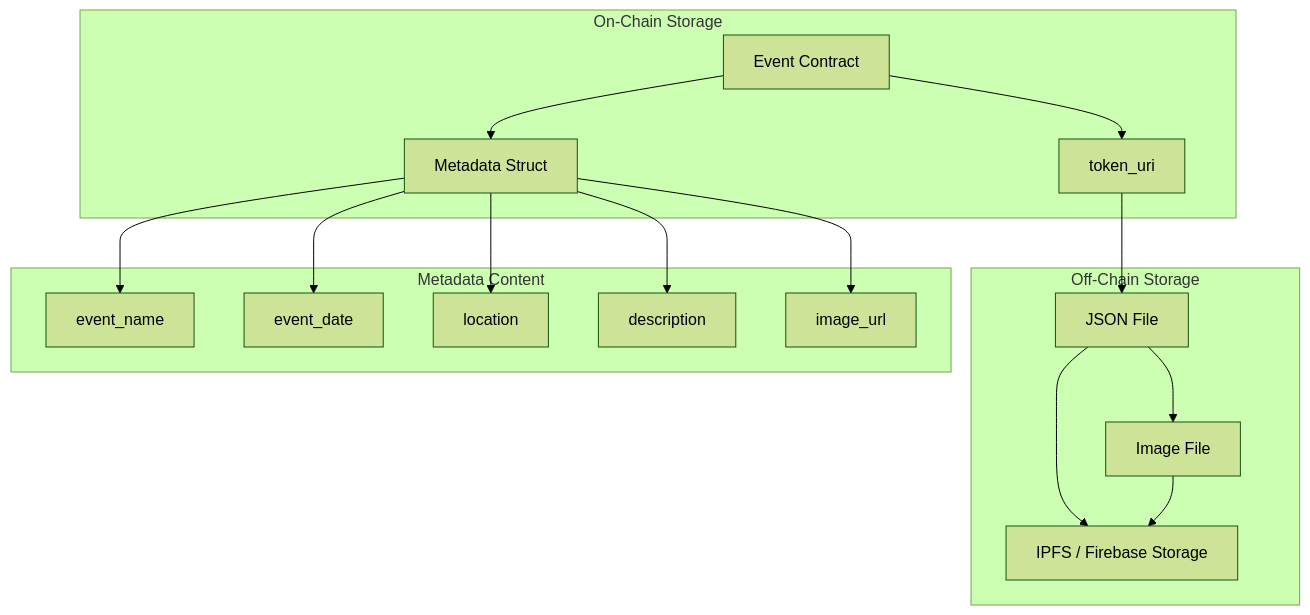
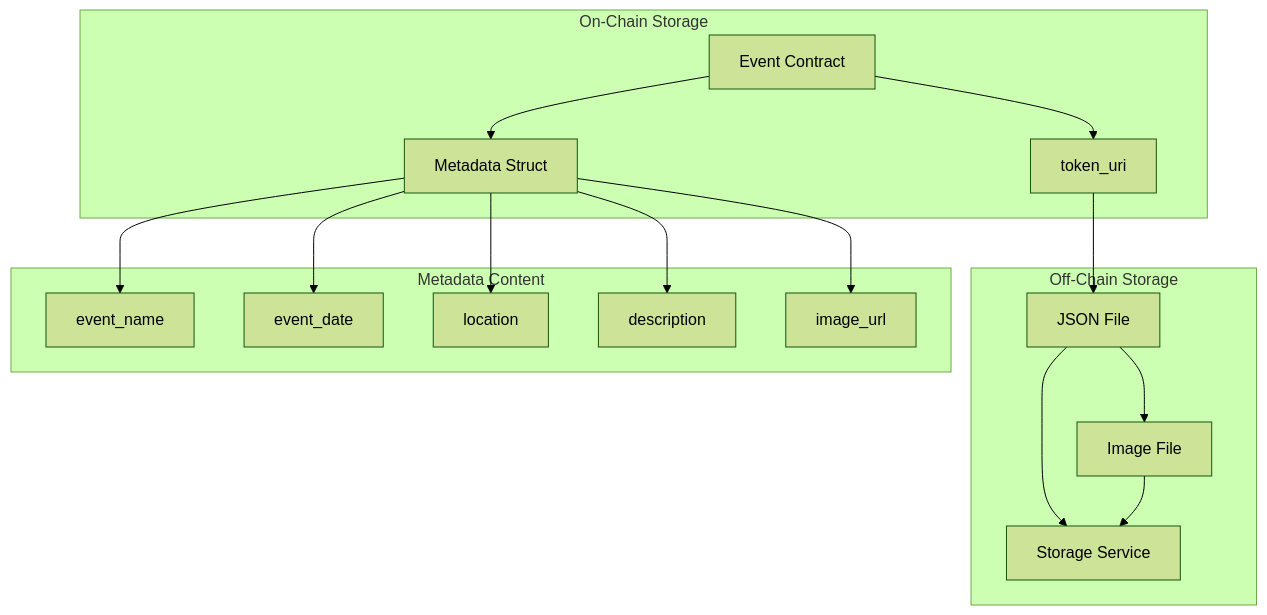
One commit to mesas01/hackatonArgentinaNov changed the third of 10 diagrams in README.md. Above: the diagram before and after it, drawn with Mermaid (forest theme). The commit also changed other lines of this file and 66 other files, not shown here.

````diff
--- a/README.md
+++ b/README.md
@@ -174,34 +173,34 @@
 ```mermaid
 graph TB
     subgraph "On-Chain Storage"
         CONTRACT[Event Contract]
         URI[token_uri]
         METADATA[Metadata Struct]
         CONTRACT --> URI
         CONTRACT --> METADATA
     end
 
     subgraph "Off-Chain Storage"
         JSON[JSON File]
         IMAGE[Image File]
-        IPFS[IPFS / Firebase Storage]
-        JSON --> IPFS
-        IMAGE --> IPFS
+        STORAGE[Storage Service]
+        JSON --> STORAGE
+        IMAGE --> STORAGE
     end
 
     subgraph "Metadata Content"
         M1[event_name]
         M2[event_date]
         M3[location]
         M4[description]
         M5[image_url]
         METADATA --> M1
         METADATA --> M2
         METADATA --> M3
         METADATA --> M4
         METADATA --> M5
     end
 
     URI --> JSON
     JSON --> IMAGE
 ```
````
